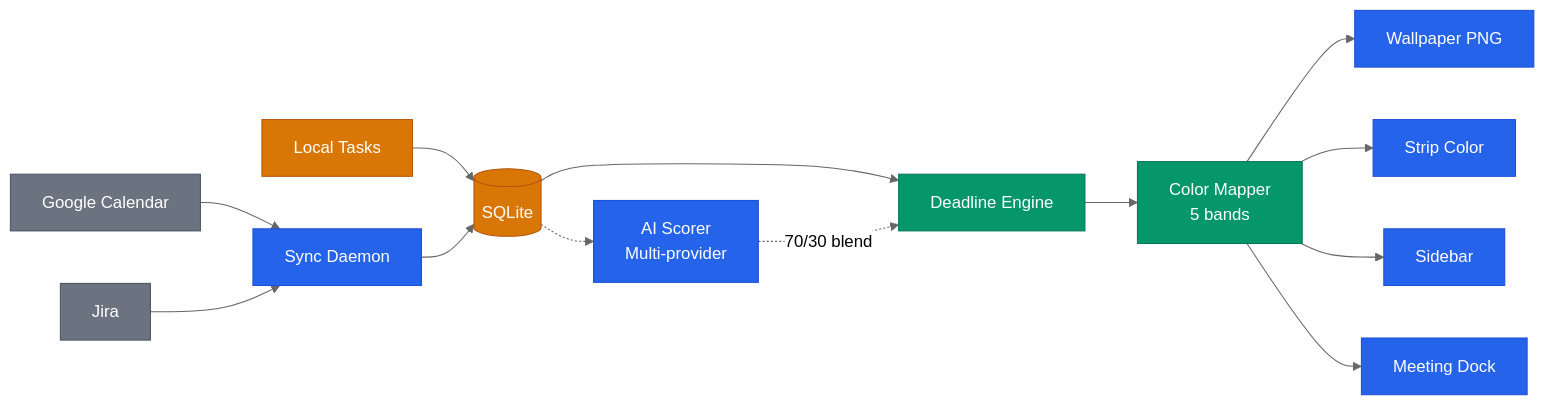
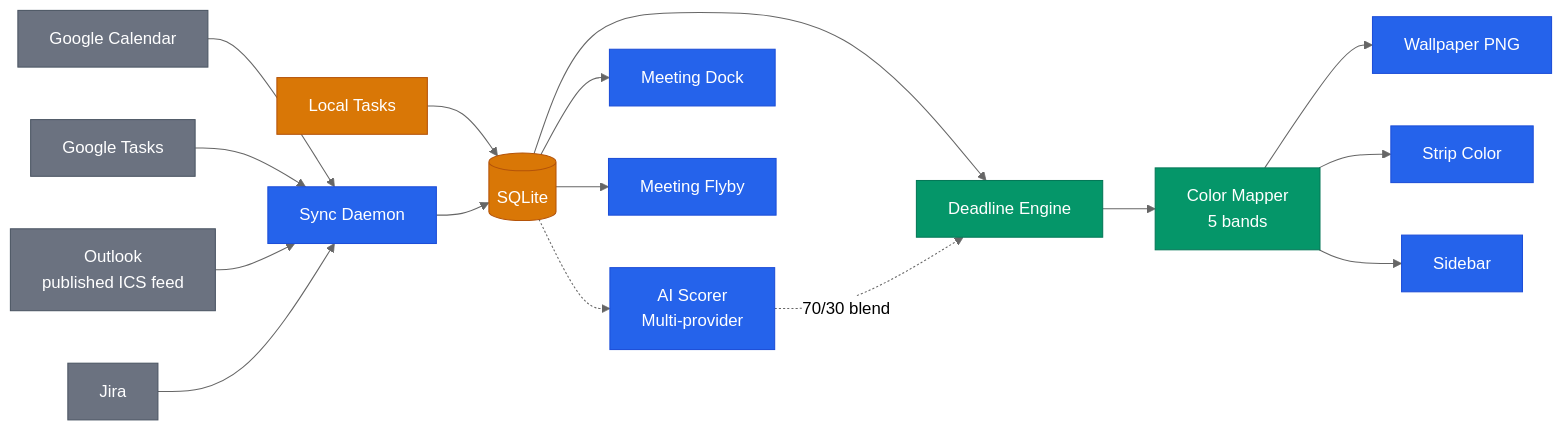
One commit to AndreaBonn/deadline-aura changed the diagram in README.md. Above: the diagram before and after it, drawn with Mermaid. The commit also changed other lines of this file and 3 other files, not shown here.

````diff
--- a/README.md
+++ b/README.md
@@ -36,40 +38,46 @@
 ```mermaid
 %%{init: {'theme': 'neutral'}}%%
 graph LR
   gcal["Google Calendar"]
+  gtasks["Google Tasks"]
+  outlook["Outlook<br/>published ICS feed"]
   jira["Jira"]
   local["Local Tasks"]
   sync["Sync Daemon"]
   store[("SQLite")]
   ai["AI Scorer<br/>Multi-provider"]
   engine["Deadline Engine"]
   cmap["Color Mapper<br/>5 bands"]
   wallpaper["Wallpaper PNG"]
   strip["Strip Color"]
   sidebar["Sidebar"]
   dock["Meeting Dock"]
+  flyby["Meeting Flyby"]
 
   gcal --> sync
+  gtasks --> sync
+  outlook --> sync
   jira --> sync
   local --> store
   sync --> store
   store --> engine
   ai -.->|"70/30 blend"| engine
   store -.-> ai
+  store --> dock
+  store --> flyby
   engine --> cmap
   cmap --> wallpaper
   cmap --> strip
   cmap --> sidebar
-  cmap --> dock
 
   classDef core fill:#2563eb,stroke:#1d4ed8,color:#fff
   classDef data fill:#d97706,stroke:#b45309,color:#fff
   classDef ext fill:#6b7280,stroke:#4b5563,color:#fff
   classDef engine fill:#059669,stroke:#047857,color:#fff
 
-  class gcal,jira ext
+  class gcal,gtasks,outlook,jira ext
   class local,store data
   class sync,ai core
   class engine,cmap engine
-  class wallpaper,strip,sidebar,dock core
+  class wallpaper,strip,sidebar,dock,flyby core
 ```
````
